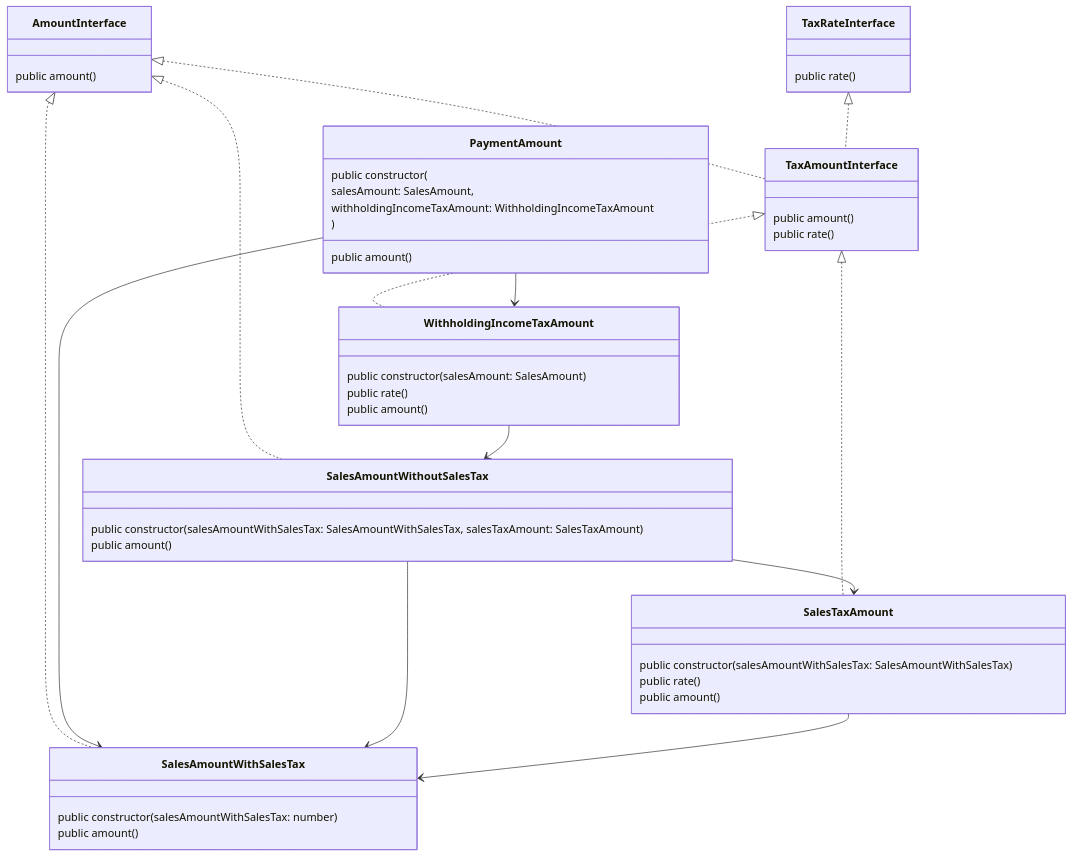
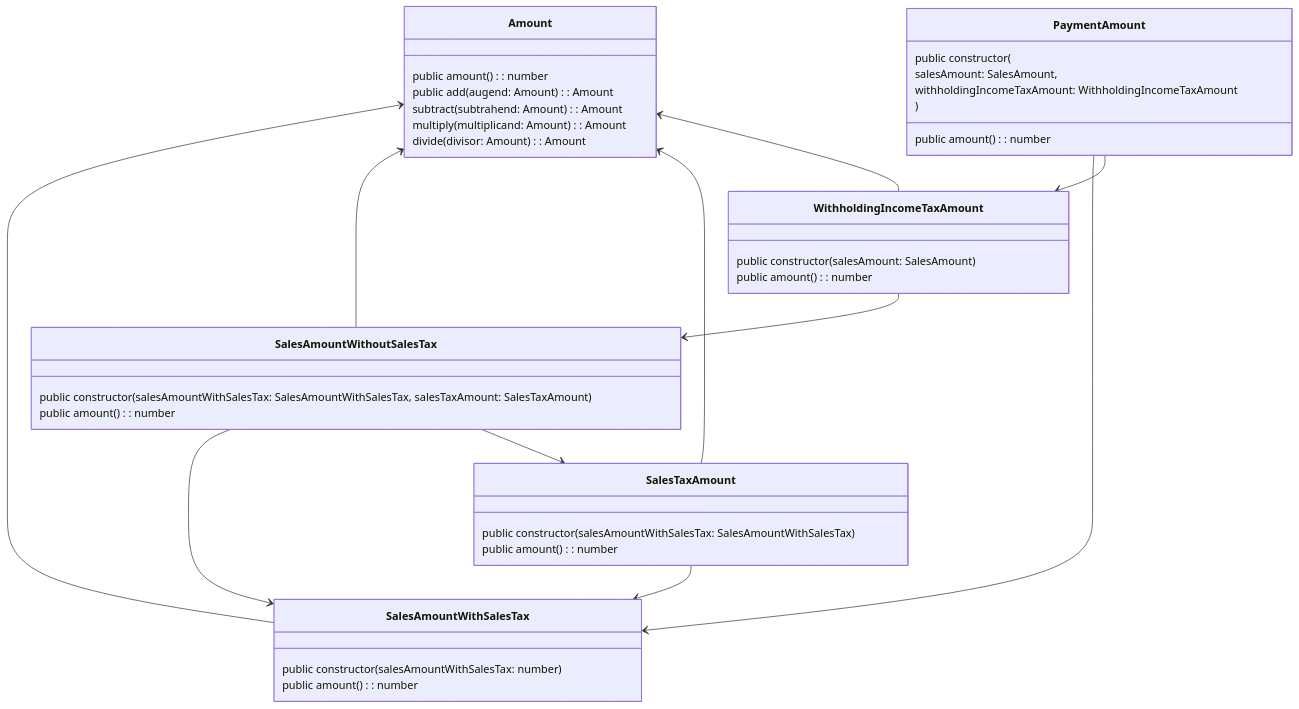
Before and after one commit to mitsuoka0423/bun-line-bot-tax-calc.ts: the third of 3 diagrams in readme.md, drawn with Mermaid. The commit also changed other lines of this file and 11 other files, not shown here.

````diff
--- a/readme.md
+++ b/readme.md
@@ -40,52 +41,45 @@
 ```mermaid
 classDiagram
-  AmountInterface <|.. TaxAmountInterface
-  TaxRateInterface <|.. TaxAmountInterface
-  AmountInterface <|.. SalesAmountWithSalesTax
-  AmountInterface <|.. SalesAmountWithoutSalesTax
-  TaxAmountInterface <|.. SalesTaxAmount
-  TaxAmountInterface <|.. WithholdingIncomeTaxAmount
+  Amount <-- SalesAmountWithSalesTax
+  Amount <-- SalesAmountWithoutSalesTax
+  Amount <-- SalesTaxAmount
+  Amount <-- WithholdingIncomeTaxAmount
 
   PaymentAmount --> SalesAmountWithSalesTax
   PaymentAmount --> WithholdingIncomeTaxAmount
   WithholdingIncomeTaxAmount --> SalesAmountWithoutSalesTax
   SalesAmountWithoutSalesTax --> SalesAmountWithSalesTax
   SalesAmountWithoutSalesTax --> SalesTaxAmount
   SalesTaxAmount --> SalesAmountWithSalesTax
 
-  class AmountInterface {
-    public amount()
-  }
-  class TaxRateInterface {
-    public rate()
-  }
-  class TaxAmountInterface {
-    public amount()
-    public rate()
+  class Amount {
+    public amount(): number
+    public add(augend: Amount): Amount
+    subtract(subtrahend: Amount): Amount
+    multiply(multiplicand: Amount): Amount
+    divide(divisor: Amount): Amount
   }
   class PaymentAmount {
     public constructor(
       salesAmount: SalesAmount, 
       withholdingIncomeTaxAmount: WithholdingIncomeTaxAmount
     )
-    public amount()
+    public amount(): number
   }
   class SalesAmountWithSalesTax {
     public constructor(salesAmountWithSalesTax: number)
-    public amount()
+    public amount(): number
   }
   class SalesAmountWithoutSalesTax {
     public constructor(salesAmountWithSalesTax: SalesAmountWithSalesTax, salesTaxAmount: SalesTaxAmount)
-    public amount()
+    public amount(): number
   }
   class SalesTaxAmount {
     public constructor(salesAmountWithSalesTax: SalesAmountWithSalesTax)
-    public rate()
-    public amount()
+    public amount(): number
   }
   class WithholdingIncomeTaxAmount {
     public constructor(salesAmount: SalesAmount)
-    public rate()
-    public amount()
+    public amount(): number
   }
 ```
````
